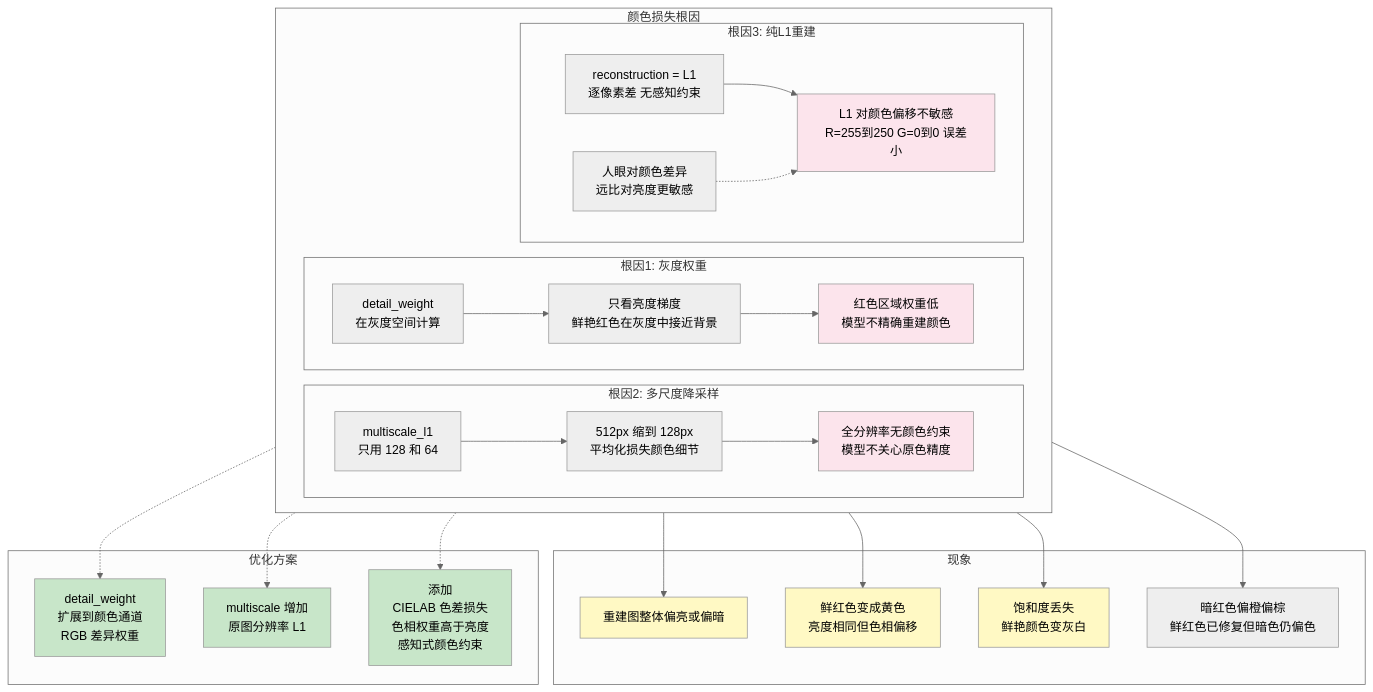
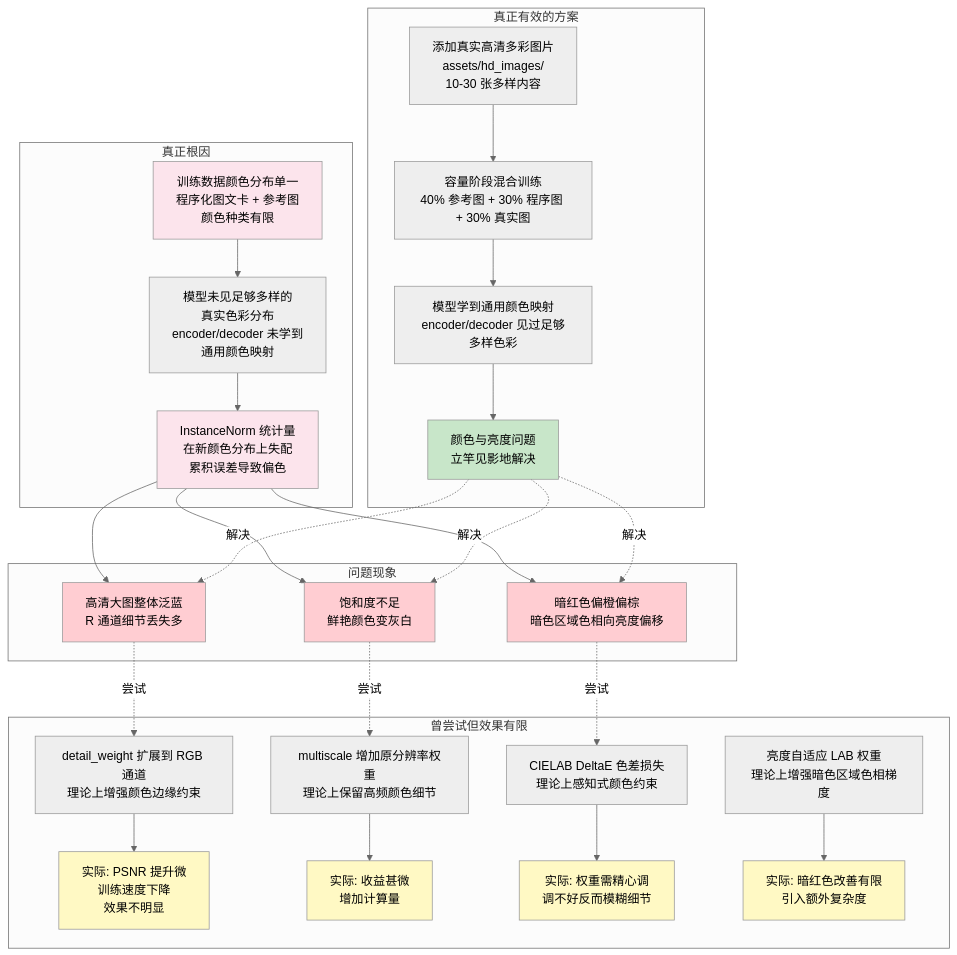
Before and after one commit to novvoo/kakeya-vae: diagram 20 of 22 in docs/architecture.md, drawn with Mermaid (neutral theme). The commit also changed other lines of this file and 1 other file, not shown here.

Commit message:
refactor: 移除无效的颜色损失优化，保留多尺度原分辨率权重
- 移除 LAB ΔE 色差损失及亮度自适应权重（实测效果有限，拖累训练）
- detail_weight 从 RGB 通道改回纯灰度边缘检测
- 保留 multiscale_l1 原分辨率权重（0.5）待进一步验证
- 架构文档同步更新，明确数据质量 > 损失函数设计的经验结论

````diff
--- a/docs/architecture.md
+++ b/docs/architecture.md
@@ -1023,60 +1026,56 @@
 ```mermaid
 flowchart TD
-    subgraph 颜色损失根因
-        direction LR
-
-        subgraph 根因1: 灰度权重
-            RW1[detail_weight<br/>在灰度空间计算]
-            RW2[只看亮度梯度<br/>鲜艳红色在灰度中接近背景]
-            RW3[红色区域权重低<br/>模型不精确重建颜色]
-            RW1 --> RW2 --> RW3
-        end
-
-        subgraph 根因2: 多尺度降采样
-            MS1[multiscale_l1<br/>只用 128 和 64]
-            MS2[512px 缩到 128px<br/>平均化损失颜色细节]
-            MS3[全分辨率无颜色约束<br/>模型不关心原色精度]
-            MS1 --> MS2 --> MS3
-        end
-
-        subgraph 根因3: 纯L1重建
-            L1A[reconstruction = L1<br/>逐像素差 无感知约束]
-            L1B[L1 对颜色偏移不敏感<br/>R=255到250 G=0到0 误差小]
-            L1C[人眼对颜色差异<br/>远比对亮度更敏感]
-            L1A --> L1B
-            L1C -.-> L1B
-        end
+    subgraph 问题现象
+        P1[高清大图整体泛蓝<br/>R 通道细节丢失多]
+        P2[暗红色偏橙偏棕<br/>暗色区域色相向亮度偏移]
+        P3[饱和度不足<br/>鲜艳颜色变灰白]
     end
 
-    subgraph 现象
-        P1[重建图整体偏亮或偏暗]
-        P2[鲜红色变成黄色<br/>亮度相同但色相偏移]
-        P3[饱和度丢失<br/>鲜艳颜色变灰白]
-        P4[暗红色偏橙偏棕<br/>鲜红色已修复但暗色仍偏色]
+    subgraph 曾尝试但效果有限
+        ATT1[detail_weight 扩展到 RGB 通道<br/>理论上增强颜色边缘约束]
+        ATT2[multiscale 增加原分辨率权重<br/>理论上保留高频颜色细节]
+        ATT3[CIELAB DeltaE 色差损失<br/>理论上感知式颜色约束]
+        ATT4[亮度自适应 LAB 权重<br/>理论上增强暗色区域色相梯度]
+
+        ATT1 --> RESULT1[实际: PSNR 提升微<br/>训练速度下降<br/>效果不明显]
+        ATT2 --> RESULT2[实际: 收益甚微<br/>增加计算量]
+        ATT3 --> RESULT3[实际: 权重需精心调<br/>调不好反而模糊细节]
+        ATT4 --> RESULT4[实际: 暗红色改善有限<br/>引入额外复杂度]
     end
 
-    RW3 --> P2
-    MS3 --> P3
-    L1B --> P1
-    L1B --> P4
-
-    subgraph 优化方案
-        O1[detail_weight<br/>扩展到颜色通道<br/>RGB 差异权重]
-        O2[multiscale 增加<br/>原图分辨率 L1]
-        O3[添加<br/>CIELAB 色差损失<br/>色相权重高于亮度<br/>感知式颜色约束]
+    subgraph 真正根因
+        R1[训练数据颜色分布单一<br/>程序化图文卡 + 参考图<br/>颜色种类有限]
+        R2[模型未见足够多样的<br/>真实色彩分布<br/>encoder/decoder 未学到<br/>通用颜色映射]
+        R3[InstanceNorm 统计量<br/>在新颜色分布上失配<br/>累积误差导致偏色]
+        R1 --> R2 --> R3
     end
 
-    RW3 -.-> O1
-    MS3 -.-> O2
-    L1B -.-> O3
+    subgraph 真正有效的方案
+        S1[添加真实高清多彩图片<br/>assets/hd_images/<br/>10-30 张多样内容]
+        S2[容量阶段混合训练<br/>40% 参考图 + 30% 程序图 + 30% 真实图]
+        S3[模型学到通用颜色映射<br/>encoder/decoder 见过足够多样色彩]
+        S4[颜色与亮度问题<br/>立竿见影地解决]
+        S1 --> S2 --> S3 --> S4
+    end
 
-    style RW3 fill:#fce4ec
-    style MS3 fill:#fce4ec
-    style L1B fill:#fce4ec
-    style P1 fill:#fff9c4
-    style P2 fill:#fff9c4
-    style P3 fill:#fff9c4
-    style O1 fill:#c8e6c9
-    style O2 fill:#c8e6c9
-    style O3 fill:#c8e6c9
+    P1 -.->|尝试| ATT1
+    P2 -.->|尝试| ATT3
+    P3 -.->|尝试| ATT2
+    R3 --> P1
+    R3 --> P2
+    R3 --> P3
+    S4 -.->|解决| P1
+    S4 -.->|解决| P2
+    S4 -.->|解决| P3
+
+    style P1 fill:#ffcdd2
+    style P2 fill:#ffcdd2
+    style P3 fill:#ffcdd2
+    style RESULT1 fill:#fff9c4
+    style RESULT2 fill:#fff9c4
+    style RESULT3 fill:#fff9c4
+    style RESULT4 fill:#fff9c4
+    style R1 fill:#fce4ec
+    style R3 fill:#fce4ec
+    style S4 fill:#c8e6c9
 ```
````
